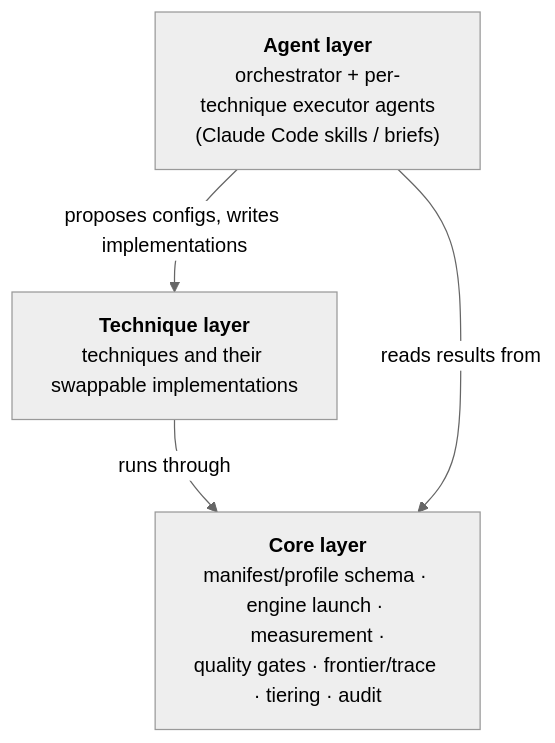
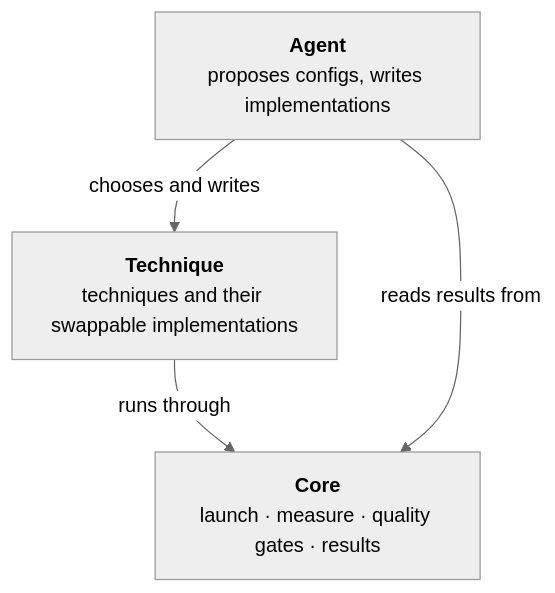
Before and after one commit to fractalyze/optimizer: the diagram in docs/adr/0001-three-layer-architecture.md, drawn with Mermaid (neutral theme). The commit also changed other lines of this file and 15 other files, not shown here.

````diff
--- a/docs/adr/0001-three-layer-architecture.md
+++ b/docs/adr/0001-three-layer-architecture.md
@@ -18,9 +12,9 @@
 ```mermaid
 flowchart TB
-    A["<b>Agent layer</b><br/>orchestrator + per-technique executor agents<br/>(Claude Code skills / briefs)"]
-    T["<b>Technique layer</b><br/>techniques and their swappable implementations"]
-    C["<b>Core layer</b><br/>manifest/profile schema · engine launch · measurement ·<br/>quality gates · frontier/trace · tiering · audit"]
-    A -->|proposes configs, writes implementations| T
+    A["<b>Agent</b><br/>proposes configs, writes implementations"]
+    T["<b>Technique</b><br/>techniques and their swappable implementations"]
+    C["<b>Core</b><br/>launch · measure · quality gates · results"]
+    A -->|chooses and writes| T
     T -->|runs through| C
     A -->|reads results from| C
 ```
````
